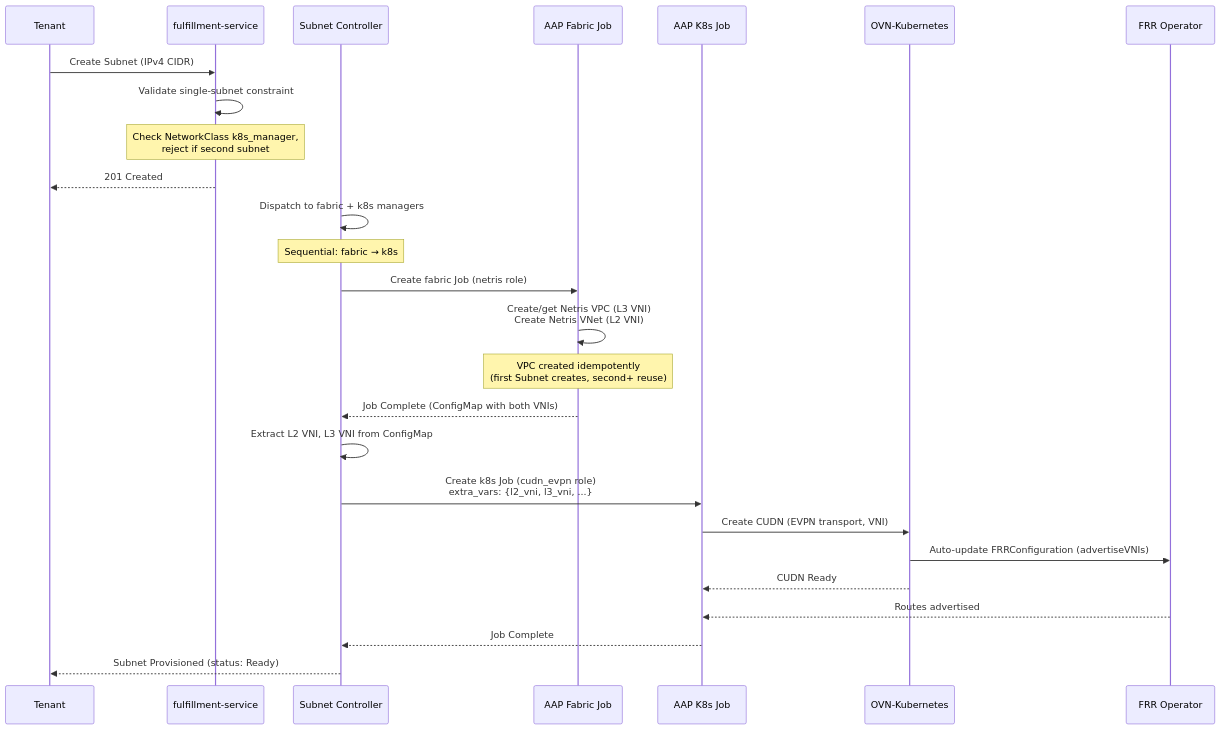
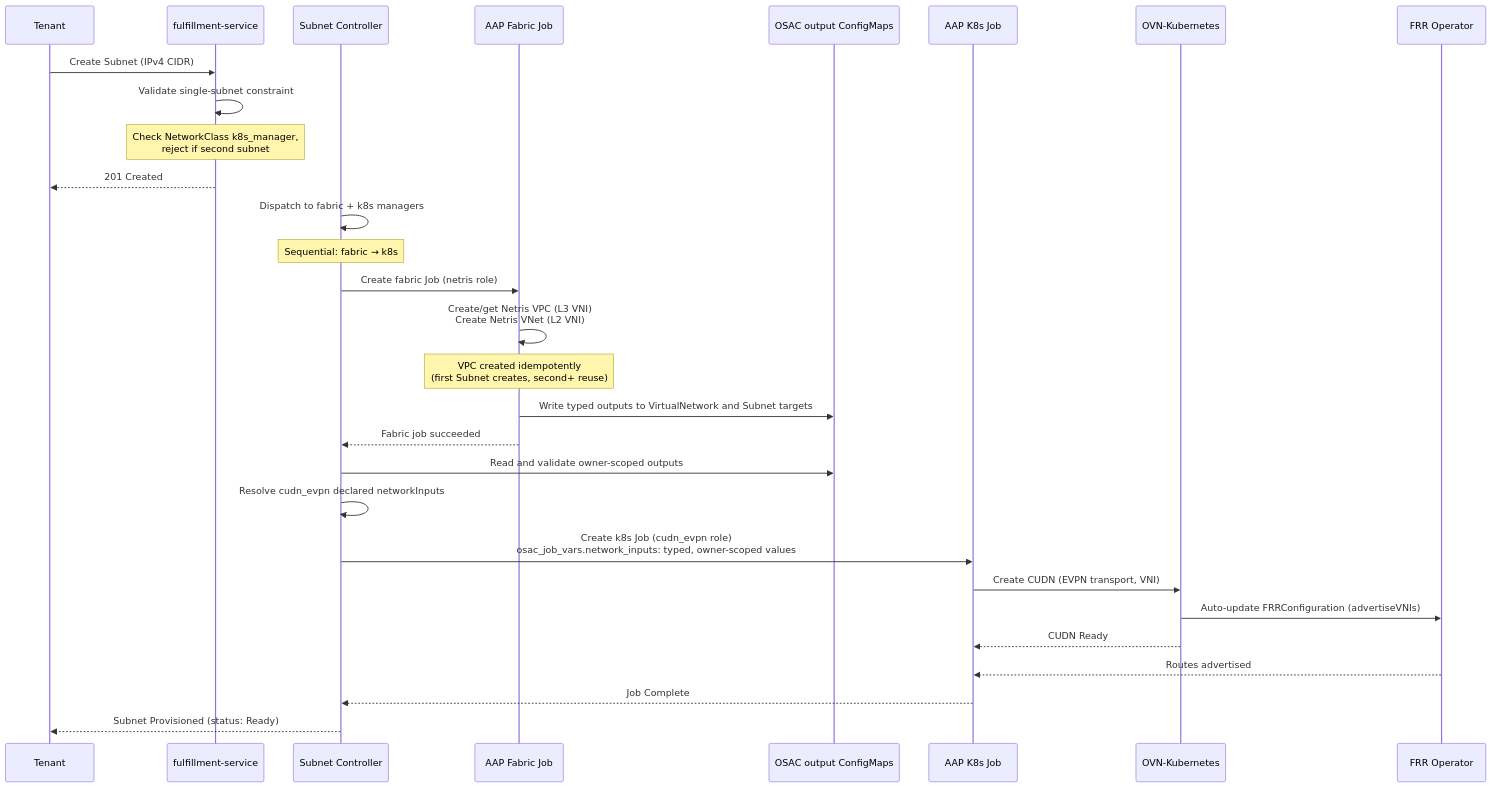
The diagram in enhancements/OSAC-4291-cudn-evpn-k8s-manager-phase-1-networking/design.md (danmanor/enhancement-proposals), drawn with Mermaid before and after one commit. The commit also changed other lines of this file and 6 other files, not shown here.

````diff
--- a/enhancements/OSAC-4291-cudn-evpn-k8s-manager-phase-1-networking/design.md
+++ b/enhancements/OSAC-4291-cudn-evpn-k8s-manager-phase-1-networking/design.md
@@ -153,34 +158,37 @@
 ```mermaid
 sequenceDiagram
     participant Tenant
     participant API as fulfillment-service
     participant Controller as Subnet Controller
     participant AAP as AAP Fabric Job
+    participant Outputs as OSAC output ConfigMaps
     participant K8s as AAP K8s Job
     participant OVN as OVN-Kubernetes
     participant FRR as FRR Operator
 
     Tenant->>API: Create Subnet (IPv4 CIDR)
     API->>API: Validate single-subnet constraint
     Note over API: Check NetworkClass k8s_manager,<br/>reject if second subnet
     API-->>Tenant: 201 Created
 
     Controller->>Controller: Dispatch to fabric + k8s managers
     Note over Controller: Sequential: fabric → k8s
 
     Controller->>AAP: Create fabric Job (netris role)
     AAP->>AAP: Create/get Netris VPC (L3 VNI)<br/>Create Netris VNet (L2 VNI)
     Note over AAP: VPC created idempotently<br/>(first Subnet creates, second+ reuse)
-    AAP-->>Controller: Job Complete (ConfigMap with both VNIs)
+    AAP->>Outputs: Write typed outputs to VirtualNetwork and Subnet targets
+    AAP-->>Controller: Fabric job succeeded
 
-    Controller->>Controller: Extract L2 VNI, L3 VNI from ConfigMap
-    Controller->>K8s: Create k8s Job (cudn_evpn role)<br/>extra_vars: {l2_vni, l3_vni, ...}
+    Controller->>Outputs: Read and validate owner-scoped outputs
+    Controller->>Controller: Resolve cudn_evpn declared networkInputs
+    Controller->>K8s: Create k8s Job (cudn_evpn role)<br/>osac_job_vars.network_inputs: typed, owner-scoped values
 
     K8s->>OVN: Create CUDN (EVPN transport, VNI)
     OVN->>FRR: Auto-update FRRConfiguration (advertiseVNIs)
     OVN-->>K8s: CUDN Ready
     FRR-->>K8s: Routes advertised
     K8s-->>Controller: Job Complete
 
     Controller-->>Tenant: Subnet Provisioned (status: Ready)
 ```
````
